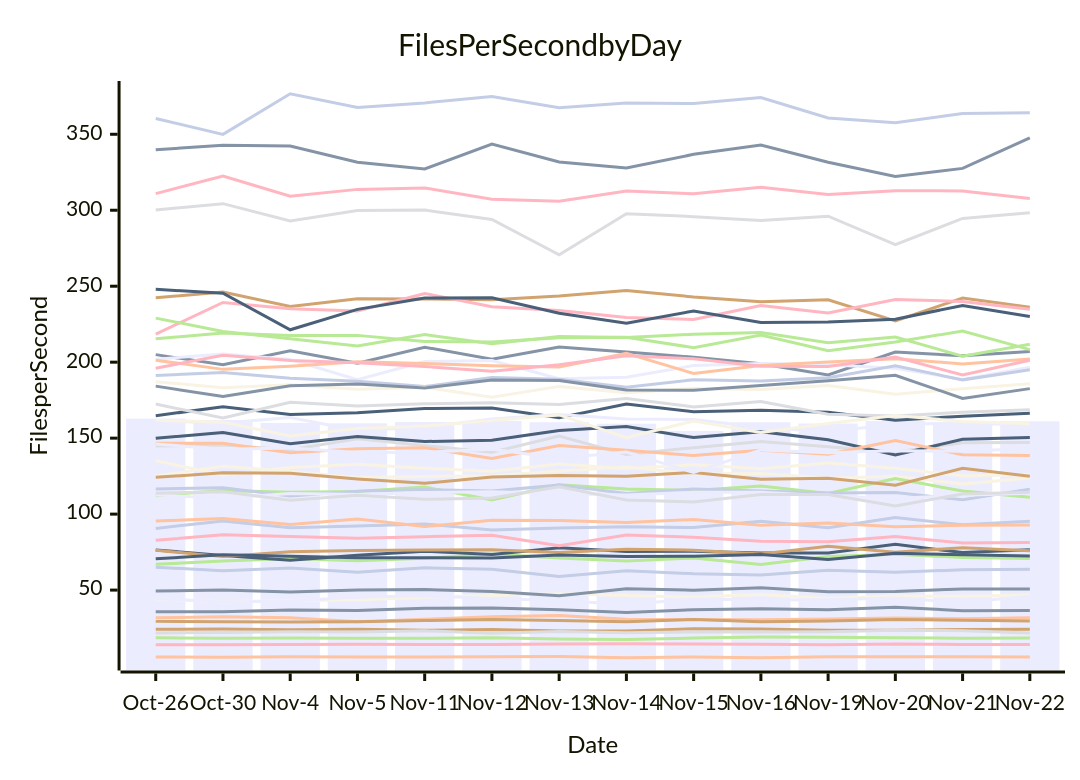
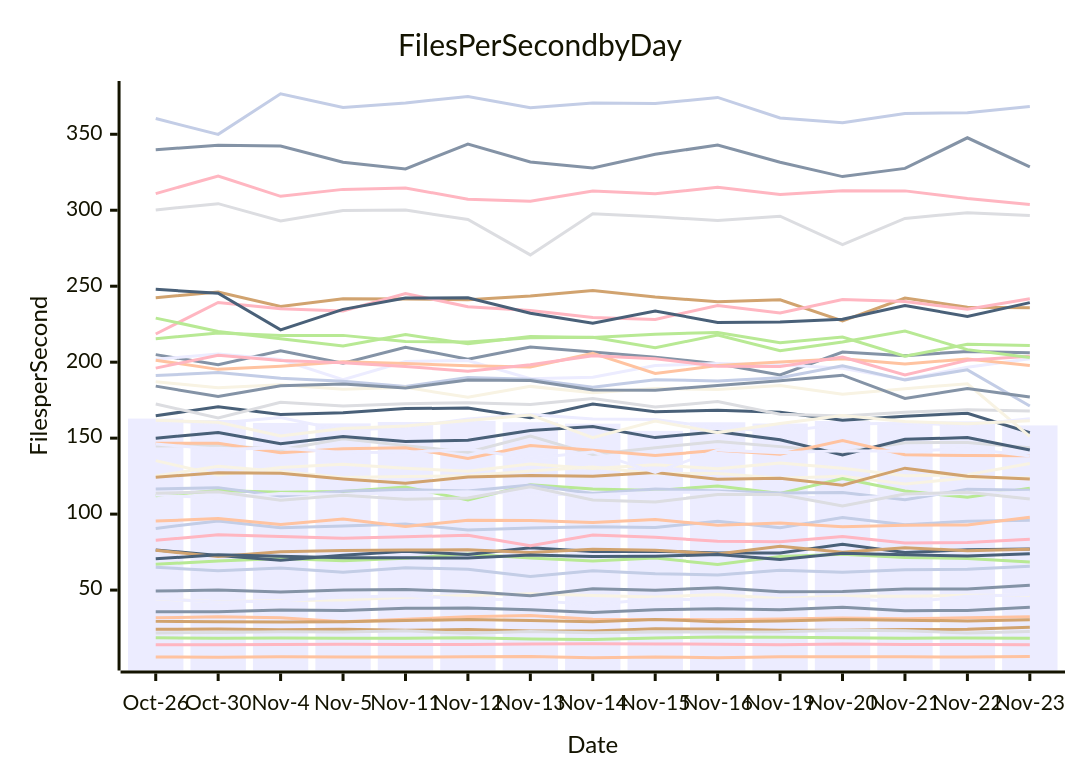
Before and after one commit to streetsidesoftware/cspell: the diagram in perf-report.md, drawn with Mermaid. The commit also changed other lines of this file and 1 other file, not shown here.

````diff
--- a/perf-report.md
+++ b/perf-report.md
@@ -10,57 +10,57 @@
 ```mermaid
 xychart-beta
     title Files Per Second by Day
     y-axis Files per Second
-    x-axis Date [Oct-26, Oct-30, Nov-4, Nov-5, Nov-11, Nov-12, Nov-13, Nov-14, Nov-15, Nov-16, Nov-19, Nov-20, Nov-21, Nov-22]
-    bar [162.88, 161.94, 160.02, 159.72, 160.65, 161.35, 160.47, 159.54, 154.79, 160.46, 159.61, 161.30, 160.06, 161.07]
-    line [35.82, 35.71, 36.86, 36.50, 38.05, 38.19, 36.99, 35.25, 37.09, 37.76, 37.04, 38.77, 36.43, 36.55]
-    line [6.03, 5.80, 6.05, 5.91, 5.92, 6.05, 6.23, 5.47, 5.95, 5.52, 6.13, 6.21, 6.06, 6.00]
-    line [144.85, 145.45, 142.42, 149.63, 145.08, 140.78, 151.35, 139.20, 143.75, 147.85, 144.42, 140.89, 146.99, 147.16]
-    line [18.63, 18.25, 18.44, 18.38, 18.23, 18.67, 17.83, 17.56, 18.43, 19.15, 18.91, 18.65, 18.27, 18.52]
-    line [24.17, 24.43, 23.95, 24.20, 23.49, 24.08, 23.00, 23.06, 24.50, 24.34, 23.62, 23.53, 24.02, 24.23]
-    line [90.60, 95.53, 91.04, 92.11, 93.46, 89.53, 90.84, 91.64, 91.15, 95.31, 91.02, 97.72, 93.01, 95.37]
-    line [14.02, 13.97, 14.18, 14.33, 14.26, 14.23, 14.49, 14.71, 14.55, 14.39, 13.95, 14.60, 14.17, 14.18]
-    line [164.80, 170.61, 165.61, 166.70, 169.45, 169.81, 163.46, 172.46, 167.41, 168.34, 167.09, 161.78, 164.45, 166.41]
-    line [44.31, 42.25, 43.22, 43.49, 45.34, 46.46, 47.61, 46.36, 45.42, 47.07, 44.45, 46.03, 45.93, 46.58]
-    line [44.42, 42.24, 42.88, 45.37, 46.20, 44.50, 43.23, 40.60, 44.15, 43.48, 43.70, 44.83, 41.94, 45.87]
-    line [204.98, 198.27, 207.58, 199.26, 209.84, 202.01, 209.99, 206.66, 203.31, 199.00, 191.59, 206.65, 204.27, 207.11]
-    line [95.45, 97.05, 93.17, 96.79, 91.80, 95.95, 95.87, 94.48, 96.44, 92.65, 94.10, 91.76, 92.63, 92.88]
-    line [21.78, 22.12, 22.59, 22.34, 23.16, 21.54, 22.68, 21.85, 22.43, 22.45, 22.56, 23.60, 23.23, 21.70]
-    line [67.00, 69.09, 70.86, 69.37, 70.88, 73.81, 71.09, 69.11, 71.10, 66.81, 72.11, 73.56, 71.52, 70.73]
-    line [242.41, 246.20, 236.64, 241.81, 241.59, 241.14, 243.55, 247.17, 242.91, 239.70, 241.02, 227.21, 242.23, 236.13]
-    line [65.07, 62.75, 64.51, 61.69, 64.67, 63.79, 59.02, 62.70, 60.80, 59.91, 63.00, 61.76, 63.34, 63.78]
-    line [310.93, 322.55, 309.17, 313.73, 314.69, 307.18, 306.00, 312.70, 310.78, 315.06, 310.37, 312.90, 312.74, 307.69]
-    line [76.44, 72.80, 69.62, 72.93, 75.62, 73.39, 77.86, 75.46, 75.53, 74.48, 74.42, 80.12, 74.68, 76.58]
-    line [125.04, 131.49, 128.05, 124.13, 124.73, 125.27, 128.39, 131.06, 126.59, 126.76, 123.53, 124.94, 119.79, 123.77]
-    line [201.96, 205.39, 201.71, 188.42, 200.46, 201.07, 189.10, 190.06, 197.82, 199.09, 198.24, 196.06, 188.63, 196.64]
-    line [49.37, 49.99, 48.68, 50.03, 50.42, 49.00, 46.22, 50.88, 49.95, 51.56, 48.83, 49.01, 50.78, 50.67]
-    line [201.31, 195.27, 197.35, 200.31, 199.19, 197.63, 196.85, 205.77, 192.52, 197.76, 200.10, 202.32, 198.81, 202.16]
-    line [172.42, 163.25, 173.61, 171.18, 172.63, 173.35, 172.14, 176.09, 170.54, 174.05, 165.70, 164.60, 166.98, 168.69]
-    line [112.16, 115.50, 114.45, 114.87, 117.85, 109.38, 119.29, 116.46, 115.59, 118.49, 113.54, 123.36, 115.17, 111.11]
-    line [76.18, 72.03, 75.21, 76.09, 76.34, 76.58, 74.79, 76.80, 76.30, 73.76, 78.85, 74.91, 77.93, 75.92]
-    line [116.53, 117.43, 111.89, 115.01, 116.13, 115.22, 119.08, 113.54, 116.51, 115.21, 113.92, 114.16, 109.46, 116.44]
-    line [196.07, 204.60, 201.12, 199.63, 197.18, 194.05, 198.31, 204.17, 202.23, 197.34, 197.09, 203.42, 191.56, 201.26]
-    line [70.57, 73.22, 72.23, 71.32, 71.25, 71.08, 73.06, 72.16, 72.33, 73.39, 70.13, 74.26, 73.25, 72.41]
-    line [135.21, 125.70, 130.73, 132.76, 130.23, 128.16, 133.01, 129.97, 132.49, 129.80, 133.61, 130.16, 125.21, 125.92]
-    line [112.63, 110.40, 113.53, 112.85, 114.15, 114.65, 113.36, 112.62, 114.36, 114.33, 111.99, 110.22, 112.37, 113.80]
-    line [339.82, 342.79, 342.26, 331.64, 327.21, 343.58, 331.81, 327.76, 336.79, 342.94, 331.62, 322.15, 327.54, 347.69]
-    line [31.78, 32.41, 31.83, 29.14, 30.76, 32.43, 33.35, 30.87, 30.71, 30.55, 30.97, 31.56, 31.09, 31.75]
-    line [300.22, 304.34, 292.89, 299.81, 300.08, 293.90, 270.62, 297.75, 295.78, 293.19, 296.08, 277.37, 294.62, 298.41]
-    line [215.49, 219.14, 217.54, 217.64, 213.57, 213.32, 216.11, 216.43, 209.55, 217.83, 207.54, 213.34, 220.45, 208.25]
-    line [29.41, 29.14, 29.07, 29.19, 29.96, 30.60, 29.98, 29.13, 30.65, 29.20, 29.66, 30.68, 30.21, 29.67]
-    line [191.17, 193.23, 189.38, 187.47, 183.93, 189.93, 188.83, 183.53, 188.50, 187.66, 189.71, 197.63, 188.37, 194.96]
-    line [218.53, 239.32, 235.17, 233.67, 245.24, 236.50, 233.98, 229.39, 228.12, 237.34, 232.45, 241.31, 240.00, 234.88]
-    line [149.93, 153.73, 146.39, 151.10, 147.79, 148.60, 155.08, 157.59, 150.36, 154.26, 148.98, 139.01, 149.20, 150.38]
-    line [187.18, 183.23, 185.22, 182.14, 183.42, 176.89, 184.07, 179.92, 182.71, 181.97, 184.63, 178.93, 182.57, 185.79]
-    line [161.40, 160.02, 163.60, 155.05, 157.20, 162.55, 165.62, 162.61, 162.23, 156.96, 154.28, 159.13, 159.89, 158.58]
-    line [184.23, 177.36, 184.49, 185.72, 182.94, 188.28, 187.98, 181.73, 181.49, 184.66, 187.81, 191.42, 176.14, 182.60]
-    line [146.69, 146.59, 140.40, 143.02, 143.74, 136.69, 145.20, 142.11, 138.52, 142.01, 139.48, 148.36, 139.11, 138.55]
-    line [113.80, 114.69, 109.15, 112.48, 109.72, 110.55, 118.02, 109.29, 108.02, 112.93, 112.97, 105.44, 113.26, 114.47]
-    line [229.01, 220.21, 215.36, 210.66, 218.14, 212.13, 216.95, 216.28, 218.40, 219.59, 212.75, 216.58, 203.96, 211.74]
-    line [124.19, 127.28, 126.86, 123.18, 120.25, 124.45, 125.35, 124.99, 127.41, 122.93, 123.56, 118.96, 130.24, 124.88]
-    line [360.33, 349.95, 376.67, 367.68, 370.64, 374.87, 367.41, 370.51, 370.21, 374.24, 360.74, 357.55, 363.60, 364.19]
-    line [82.78, 86.40, 85.26, 84.18, 85.13, 86.07, 79.22, 86.18, 84.80, 82.10, 81.80, 85.25, 80.99, 81.28]
-    line [247.95, 245.41, 221.31, 234.75, 242.27, 242.37, 232.19, 225.67, 233.72, 226.18, 226.48, 228.27, 237.35, 230.05]
-    line [161.82, 160.48, 151.46, 156.36, 158.02, 161.56, 165.28, 150.34, 161.29, 153.65, 159.58, 164.91, 160.94, 159.52]
-    line [146.14, 142.74, 143.48, 140.52, 140.72, 142.75, 136.72, 140.92, 127.38, 142.26, 140.32, 141.64, 141.43, 143.12]
+    x-axis Date [Oct-26, Oct-30, Nov-4, Nov-5, Nov-11, Nov-12, Nov-13, Nov-14, Nov-15, Nov-16, Nov-19, Nov-20, Nov-21, Nov-22, Nov-23]
+    bar [162.88, 161.94, 160.02, 159.72, 160.65, 161.35, 160.47, 159.54, 154.79, 160.46, 159.61, 161.30, 160.06, 161.07, 158.38]
+    line [35.82, 35.71, 36.86, 36.50, 38.05, 38.19, 36.99, 35.25, 37.09, 37.76, 37.04, 38.77, 36.43, 36.55, 38.70]
+    line [6.03, 5.80, 6.05, 5.91, 5.92, 6.05, 6.23, 5.47, 5.95, 5.52, 6.13, 6.21, 6.06, 6.00, 6.29]
+    line [144.85, 145.45, 142.42, 149.63, 145.08, 140.78, 151.35, 139.20, 143.75, 147.85, 144.42, 140.89, 146.99, 147.16, 143.68]
+    line [18.63, 18.25, 18.44, 18.38, 18.23, 18.67, 17.83, 17.56, 18.43, 19.15, 18.91, 18.65, 18.27, 18.52, 18.27]
+    line [24.17, 24.43, 23.95, 24.20, 23.49, 24.08, 23.00, 23.06, 24.50, 24.34, 23.62, 23.53, 24.02, 24.23, 25.56]
+    line [90.60, 95.53, 91.04, 92.11, 93.46, 89.53, 90.84, 91.64, 91.15, 95.31, 91.02, 97.72, 93.01, 95.37, 95.97]
+    line [14.02, 13.97, 14.18, 14.33, 14.26, 14.23, 14.49, 14.71, 14.55, 14.39, 13.95, 14.60, 14.17, 14.18, 13.95]
+    line [164.80, 170.61, 165.61, 166.70, 169.45, 169.81, 163.46, 172.46, 167.41, 168.34, 167.09, 161.78, 164.45, 166.41, 153.59]
+    line [44.31, 42.25, 43.22, 43.49, 45.34, 46.46, 47.61, 46.36, 45.42, 47.07, 44.45, 46.03, 45.93, 46.58, 46.39]
+    line [44.42, 42.24, 42.88, 45.37, 46.20, 44.50, 43.23, 40.60, 44.15, 43.48, 43.70, 44.83, 41.94, 45.87, 46.91]
+    line [204.98, 198.27, 207.58, 199.26, 209.84, 202.01, 209.99, 206.66, 203.31, 199.00, 191.59, 206.65, 204.27, 207.11, 206.14]
+    line [95.45, 97.05, 93.17, 96.79, 91.80, 95.95, 95.87, 94.48, 96.44, 92.65, 94.10, 91.76, 92.63, 92.88, 97.96]
+    line [21.78, 22.12, 22.59, 22.34, 23.16, 21.54, 22.68, 21.85, 22.43, 22.45, 22.56, 23.60, 23.23, 21.70, 22.82]
+    line [67.00, 69.09, 70.86, 69.37, 70.88, 73.81, 71.09, 69.11, 71.10, 66.81, 72.11, 73.56, 71.52, 70.73, 68.53]
+    line [242.41, 246.20, 236.64, 241.81, 241.59, 241.14, 243.55, 247.17, 242.91, 239.70, 241.02, 227.21, 242.23, 236.13, 235.78]
+    line [65.07, 62.75, 64.51, 61.69, 64.67, 63.79, 59.02, 62.70, 60.80, 59.91, 63.00, 61.76, 63.34, 63.78, 65.76]
+    line [310.93, 322.55, 309.17, 313.73, 314.69, 307.18, 306.00, 312.70, 310.78, 315.06, 310.37, 312.90, 312.74, 307.69, 303.77]
+    line [76.44, 72.80, 69.62, 72.93, 75.62, 73.39, 77.86, 75.46, 75.53, 74.48, 74.42, 80.12, 74.68, 76.58, 77.00]
+    line [125.04, 131.49, 128.05, 124.13, 124.73, 125.27, 128.39, 131.06, 126.59, 126.76, 123.53, 124.94, 119.79, 123.77, 123.92]
+    line [201.96, 205.39, 201.71, 188.42, 200.46, 201.07, 189.10, 190.06, 197.82, 199.09, 198.24, 196.06, 188.63, 196.64, 202.22]
+    line [49.37, 49.99, 48.68, 50.03, 50.42, 49.00, 46.22, 50.88, 49.95, 51.56, 48.83, 49.01, 50.78, 50.67, 53.20]
+    line [201.31, 195.27, 197.35, 200.31, 199.19, 197.63, 196.85, 205.77, 192.52, 197.76, 200.10, 202.32, 198.81, 202.16, 197.78]
+    line [172.42, 163.25, 173.61, 171.18, 172.63, 173.35, 172.14, 176.09, 170.54, 174.05, 165.70, 164.60, 166.98, 168.69, 167.81]
+    line [112.16, 115.50, 114.45, 114.87, 117.85, 109.38, 119.29, 116.46, 115.59, 118.49, 113.54, 123.36, 115.17, 111.11, 117.00]
+    line [76.18, 72.03, 75.21, 76.09, 76.34, 76.58, 74.79, 76.80, 76.30, 73.76, 78.85, 74.91, 77.93, 75.92, 76.91]
+    line [116.53, 117.43, 111.89, 115.01, 116.13, 115.22, 119.08, 113.54, 116.51, 115.21, 113.92, 114.16, 109.46, 116.44, 115.65]
+    line [196.07, 204.60, 201.12, 199.63, 197.18, 194.05, 198.31, 204.17, 202.23, 197.34, 197.09, 203.42, 191.56, 201.26, 203.88]
+    line [70.57, 73.22, 72.23, 71.32, 71.25, 71.08, 73.06, 72.16, 72.33, 73.39, 70.13, 74.26, 73.25, 72.41, 73.90]
+    line [135.21, 125.70, 130.73, 132.76, 130.23, 128.16, 133.01, 129.97, 132.49, 129.80, 133.61, 130.16, 125.21, 125.92, 133.37]
+    line [112.63, 110.40, 113.53, 112.85, 114.15, 114.65, 113.36, 112.62, 114.36, 114.33, 111.99, 110.22, 112.37, 113.80, 114.46]
+    line [339.82, 342.79, 342.26, 331.64, 327.21, 343.58, 331.81, 327.76, 336.79, 342.94, 331.62, 322.15, 327.54, 347.69, 328.52]
+    line [31.78, 32.41, 31.83, 29.14, 30.76, 32.43, 33.35, 30.87, 30.71, 30.55, 30.97, 31.56, 31.09, 31.75, 32.47]
+    line [300.22, 304.34, 292.89, 299.81, 300.08, 293.90, 270.62, 297.75, 295.78, 293.19, 296.08, 277.37, 294.62, 298.41, 296.48]
+    line [215.49, 219.14, 217.54, 217.64, 213.57, 213.32, 216.11, 216.43, 209.55, 217.83, 207.54, 213.34, 220.45, 208.25, 203.01]
+    line [29.41, 29.14, 29.07, 29.19, 29.96, 30.60, 29.98, 29.13, 30.65, 29.20, 29.66, 30.68, 30.21, 29.67, 30.46]
+    line [191.17, 193.23, 189.38, 187.47, 183.93, 189.93, 188.83, 183.53, 188.50, 187.66, 189.71, 197.63, 188.37, 194.96, 171.19]
+    line [218.53, 239.32, 235.17, 233.67, 245.24, 236.50, 233.98, 229.39, 228.12, 237.34, 232.45, 241.31, 240.00, 234.88, 241.77]
+    line [149.93, 153.73, 146.39, 151.10, 147.79, 148.60, 155.08, 157.59, 150.36, 154.26, 148.98, 139.01, 149.20, 150.38, 142.14]
+    line [187.18, 183.23, 185.22, 182.14, 183.42, 176.89, 184.07, 179.92, 182.71, 181.97, 184.63, 178.93, 182.57, 185.79, 151.12]
+    line [161.40, 160.02, 163.60, 155.05, 157.20, 162.55, 165.62, 162.61, 162.23, 156.96, 154.28, 159.13, 159.89, 158.58, 162.75]
+    line [184.23, 177.36, 184.49, 185.72, 182.94, 188.28, 187.98, 181.73, 181.49, 184.66, 187.81, 191.42, 176.14, 182.60, 177.02]
+    line [146.69, 146.59, 140.40, 143.02, 143.74, 136.69, 145.20, 142.11, 138.52, 142.01, 139.48, 148.36, 139.11, 138.55, 138.37]
+    line [113.80, 114.69, 109.15, 112.48, 109.72, 110.55, 118.02, 109.29, 108.02, 112.93, 112.97, 105.44, 113.26, 114.47, 109.88]
+    line [229.01, 220.21, 215.36, 210.66, 218.14, 212.13, 216.95, 216.28, 218.40, 219.59, 212.75, 216.58, 203.96, 211.74, 210.99]
+    line [124.19, 127.28, 126.86, 123.18, 120.25, 124.45, 125.35, 124.99, 127.41, 122.93, 123.56, 118.96, 130.24, 124.88, 123.12]
+    line [360.33, 349.95, 376.67, 367.68, 370.64, 374.87, 367.41, 370.51, 370.21, 374.24, 360.74, 357.55, 363.60, 364.19, 368.22]
+    line [82.78, 86.40, 85.26, 84.18, 85.13, 86.07, 79.22, 86.18, 84.80, 82.10, 81.80, 85.25, 80.99, 81.28, 83.53]
+    line [247.95, 245.41, 221.31, 234.75, 242.27, 242.37, 232.19, 225.67, 233.72, 226.18, 226.48, 228.27, 237.35, 230.05, 239.20]
+    line [161.82, 160.48, 151.46, 156.36, 158.02, 161.56, 165.28, 150.34, 161.29, 153.65, 159.58, 164.91, 160.94, 159.52, 161.45]
+    line [146.14, 142.74, 143.48, 140.52, 140.72, 142.75, 136.72, 140.92, 127.38, 142.26, 140.32, 141.64, 141.43, 143.12, 138.28]
 ```
````
